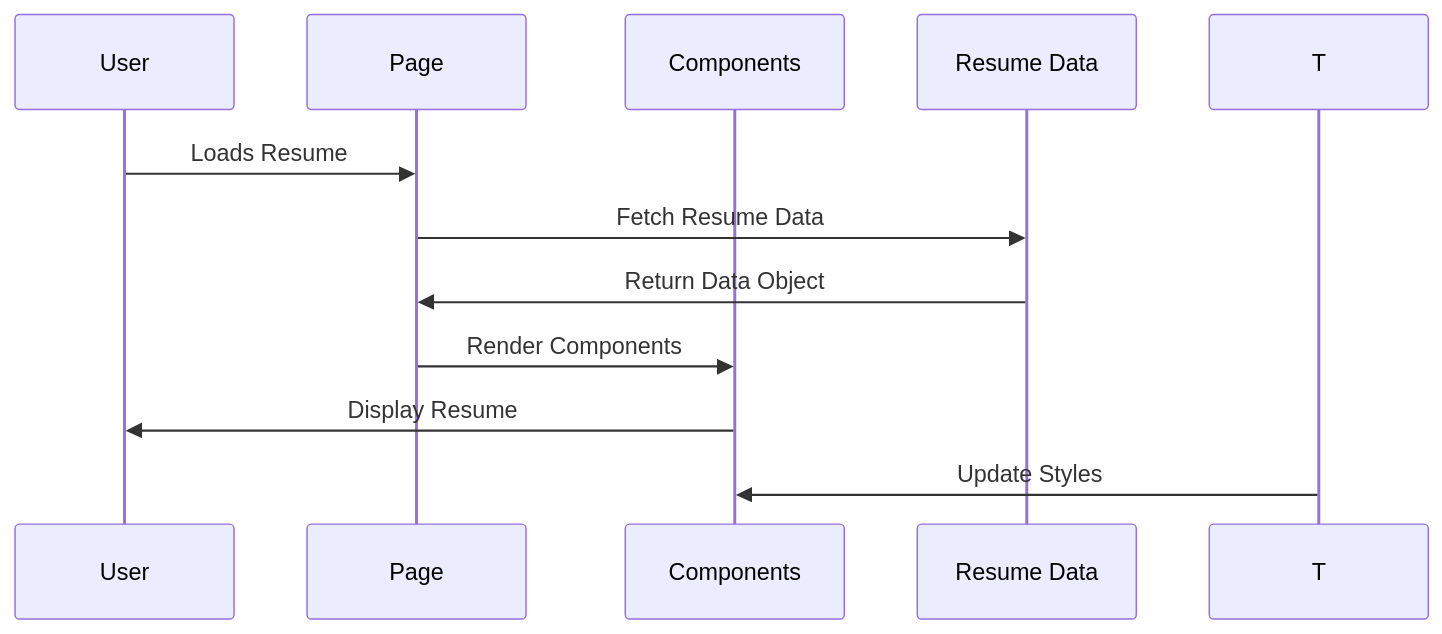
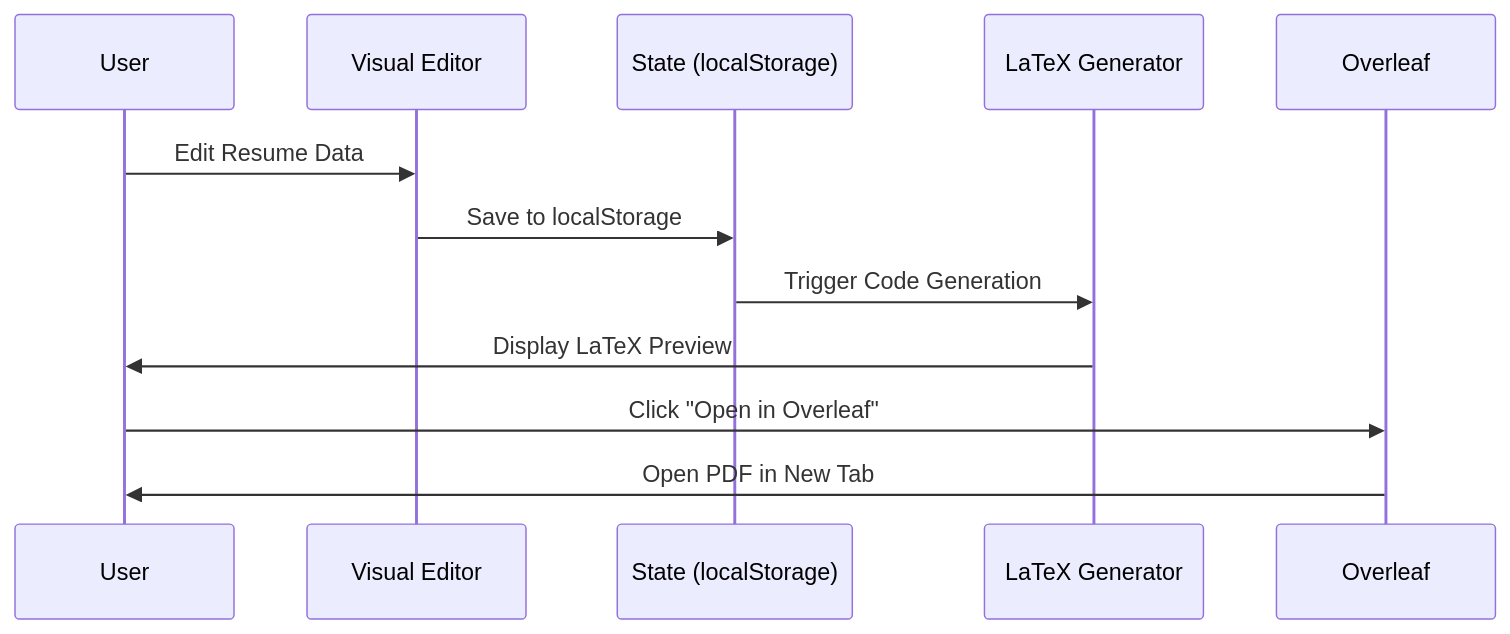
The first of 2 diagrams in README.md (ChanMeng666/easy-resume), drawn with Mermaid before and after one commit. The commit also changed other lines of this file and 2 other files, not shown here.

First line of the commit message:
docs: update documentation to reflect LaTeX generator architecture

````diff
--- a/README.md
+++ b/README.md
@@ -239,14 +283,15 @@
 ```mermaid
 sequenceDiagram
     participant U as User
-    participant P as Page
-    participant C as Components
-    participant D as Resume Data
-    
-    U->>P: Loads Resume
-    P->>D: Fetch Resume Data
-    D->>P: Return Data Object
-    P->>C: Render Components
-    C->>U: Display Resume
-    T->>C: Update Styles
+    participant E as Visual Editor
+    participant S as State (localStorage)
+    participant G as LaTeX Generator
+    participant O as Overleaf
+
+    U->>E: Edit Resume Data
+    E->>S: Save to localStorage
+    S->>G: Trigger Code Generation
+    G->>U: Display LaTeX Preview
+    U->>O: Click "Open in Overleaf"
+    O->>U: Open PDF in New Tab
 ```
````
